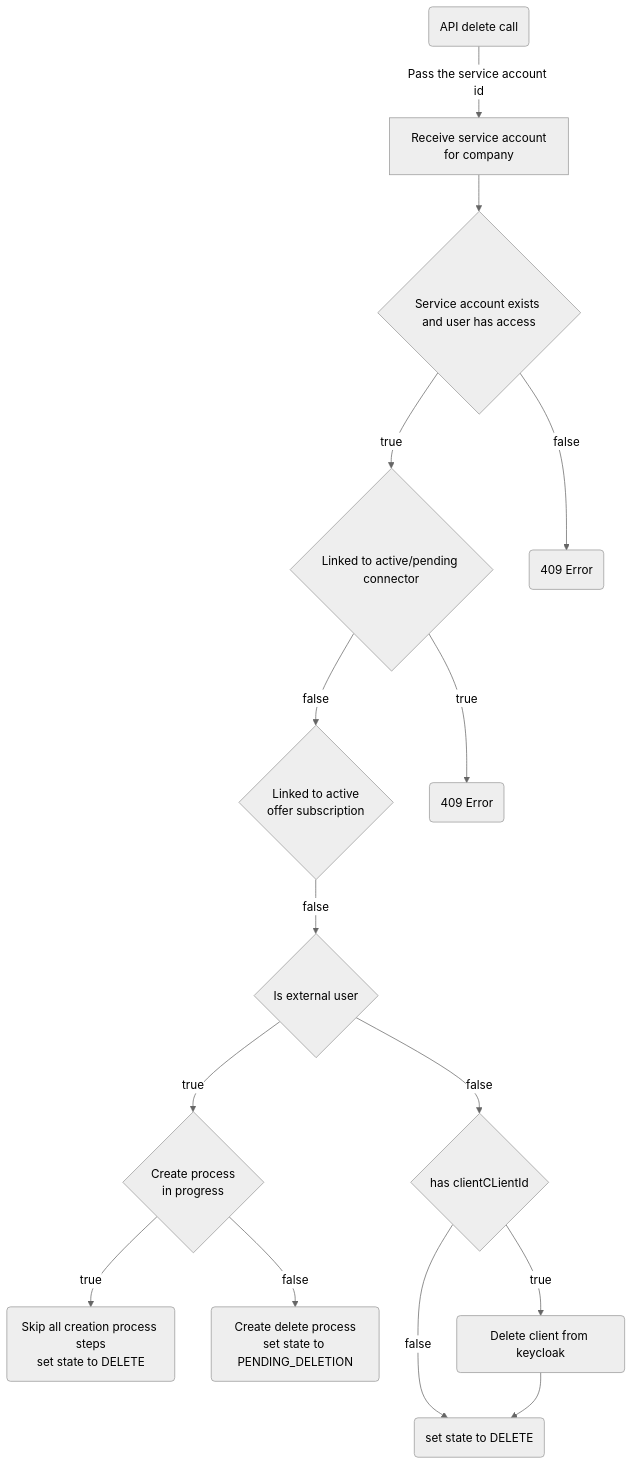
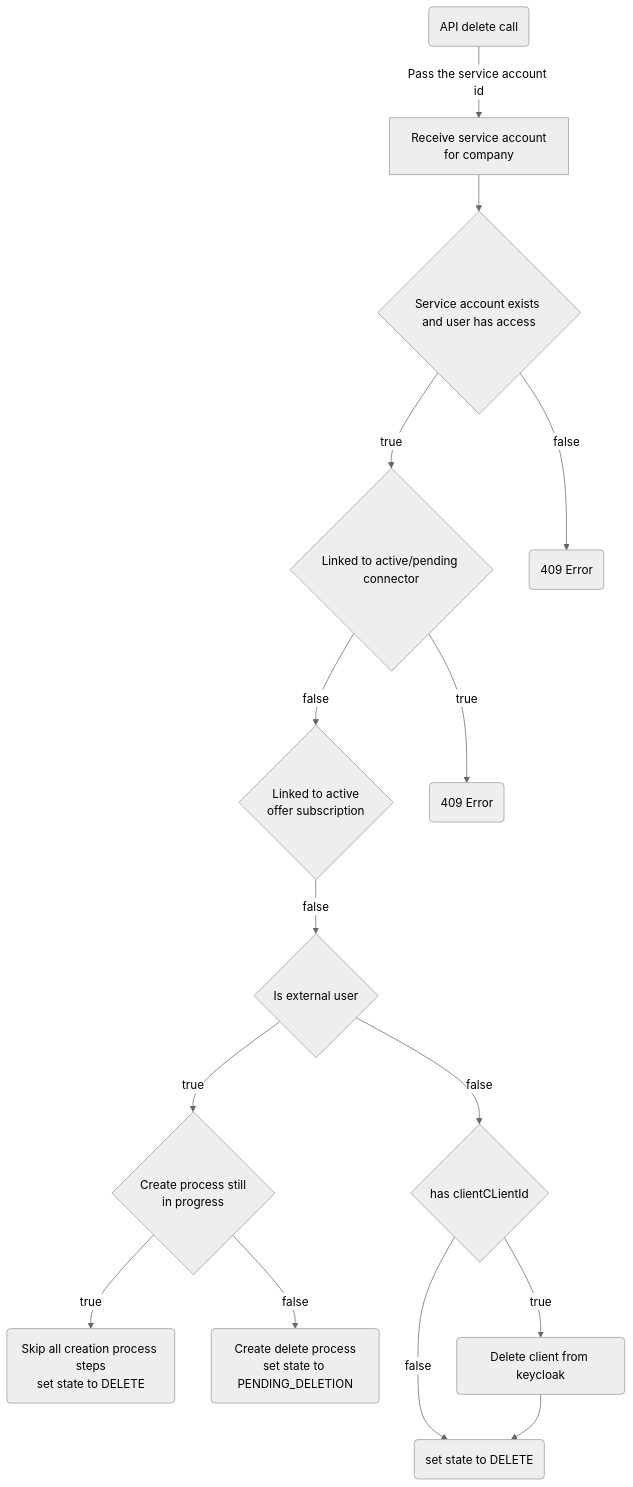
The diagram in docs/developer/03. User Management/03. Technical User/04. Delete Technical User.md (eclipse-tractusx/portal-assets), drawn with Mermaid (neutral theme) before and after one commit.

Commit message:
chore: adjust wording
Refs: https://github.com/eclipse-tractusx/portal-backend/issues/950

````diff
--- a/docs/developer/03. User Management/03. Technical User/04. Delete Technical User.md
+++ b/docs/developer/03. User Management/03. Technical User/04. Delete Technical User.md
@@ -20,22 +20,22 @@
 ```mermaid
 flowchart TD
     A(API delete call) -->|Pass the service account id| B["`Receive service account
      for company`"]
     B --> C{Service account exists and user has access}
     C --> |true| D{"`Linked to active/pending connector`"}
     C --> |false| E(409 Error)
     D --> |false| F{"`Linked to active
      offer subscription`"}
     D --> |true| G(409 Error)
     F --> |false| H{Is external user}
-    H --> |true| I{"`Create process
+    H --> |true| I{"`Create process still
      in progress`"}
     I --> |true| J("`Skip all creation process steps
      set state to DELETE`")
     I --> |false| K("`Create delete process
     set state to PENDING_DELETION`")
     H --> |false| L{has clientCLientId}
     L --> |true| M(Delete client from keycloak)
     L --> |false| N(set state to DELETE)
     M --> N
 ```
````
